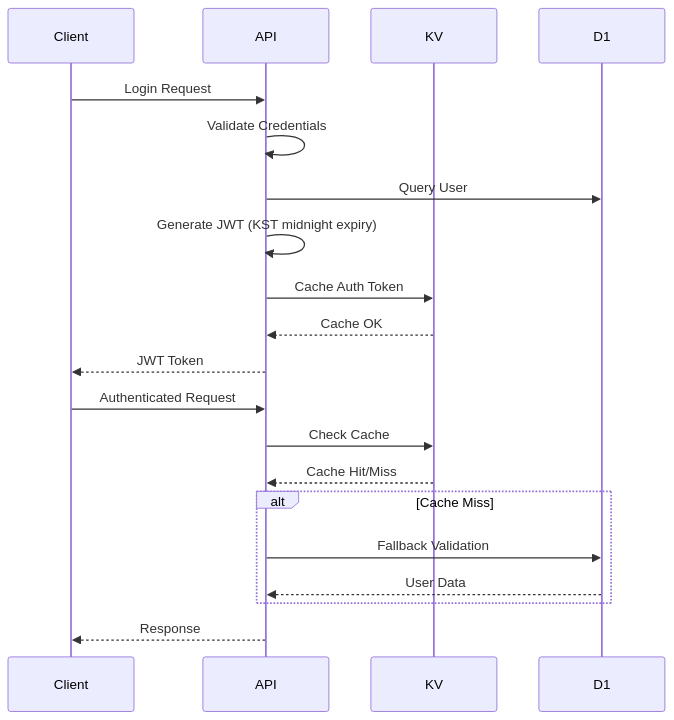
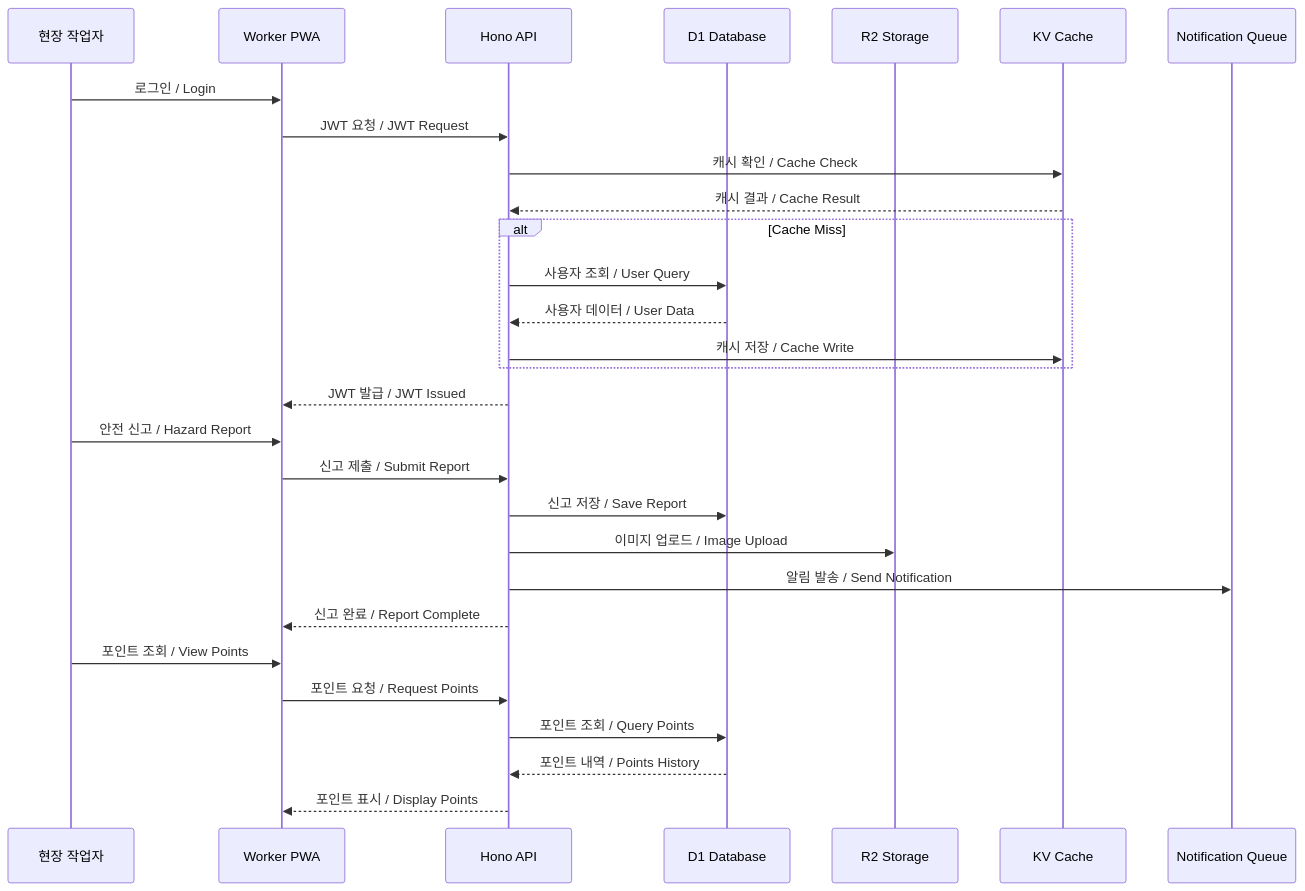
The first of 2 diagrams in README.md (jclee941/safetywallet), drawn with Mermaid before and after one commit. The commit also changed other lines of this file, not shown here.

````diff
--- a/README.md
+++ b/README.md
@@ -160,24 +165,34 @@
 ```mermaid
 sequenceDiagram
-    participant Client
-    participant API
-    participant KV
-    participant D1
+    participant Worker as 현장 작업자
+    participant PWA as Worker PWA
+    participant API as Hono API
+    participant D1 as D1 Database
+    participant R2 as R2 Storage
+    participant KV as KV Cache
+    participant Queue as Notification Queue
 
-    Client->>API: Login Request
-    API->>API: Validate Credentials
-    API->>D1: Query User
-    API->>API: Generate JWT (KST midnight expiry)
-    API->>KV: Cache Auth Token
-    KV-->>API: Cache OK
-    API-->>Client: JWT Token
+    Worker->>PWA: 로그인 / Login
+    PWA->>API: JWT 요청 / JWT Request
+    API->>KV: 캐시 확인 / Cache Check
+    KV-->>API: 캐시 결과 / Cache Result
+    alt Cache Miss
+        API->>D1: 사용자 조회 / User Query
+        D1-->>API: 사용자 데이터 / User Data
+        API->>KV: 캐시 저장 / Cache Write
+    end
+    API-->>PWA: JWT 발급 / JWT Issued
 
-    Client->>API: Authenticated Request
-    API->>KV: Check Cache
-    KV-->>API: Cache Hit/Miss
-    alt Cache Miss
-        API->>D1: Fallback Validation
-        D1-->>API: User Data
-    end
-    API-->>Client: Response
+    Worker->>PWA: 안전 신고 / Hazard Report
+    PWA->>API: 신고 제출 / Submit Report
+    API->>D1: 신고 저장 / Save Report
+    API->>R2: 이미지 업로드 / Image Upload
+    API->>Queue: 알림 발송 / Send Notification
+    API-->>PWA: 신고 완료 / Report Complete
+
+    Worker->>PWA: 포인트 조회 / View Points
+    PWA->>API: 포인트 요청 / Request Points
+    API->>D1: 포인트 조회 / Query Points
+    D1-->>API: 포인트 내역 / Points History
+    API-->>PWA: 포인트 표시 / Display Points
 ```
````
